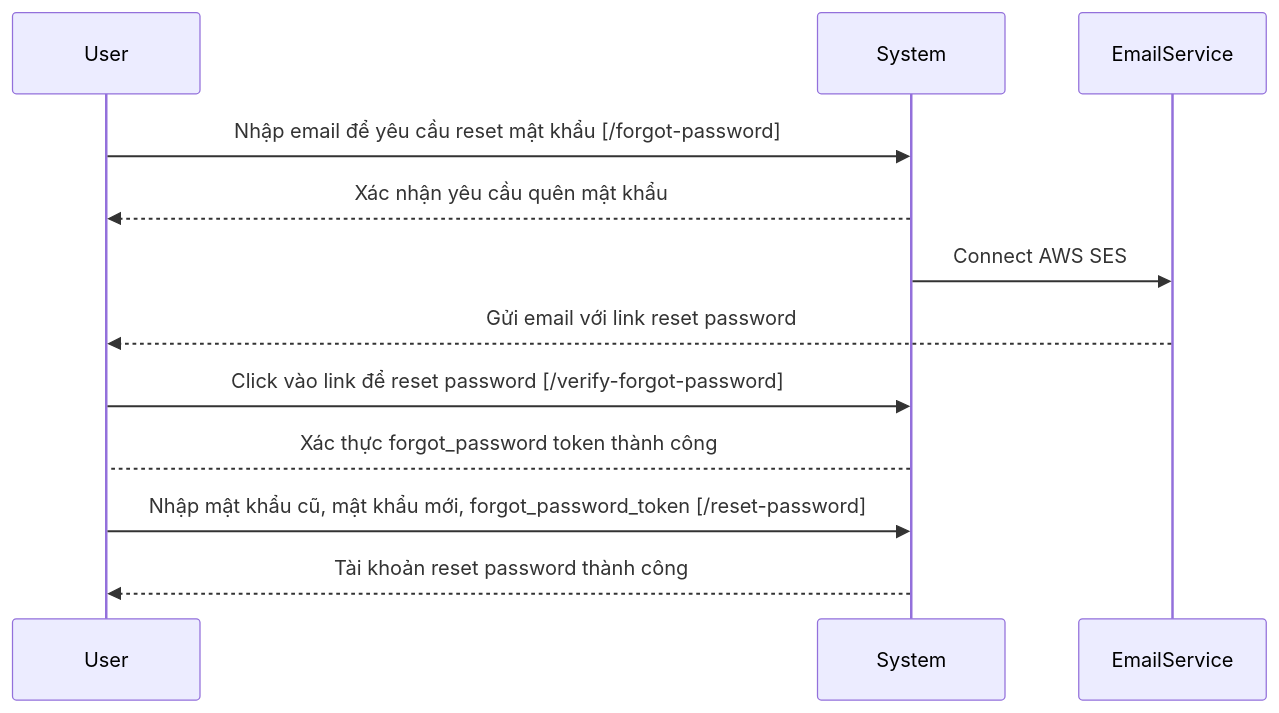
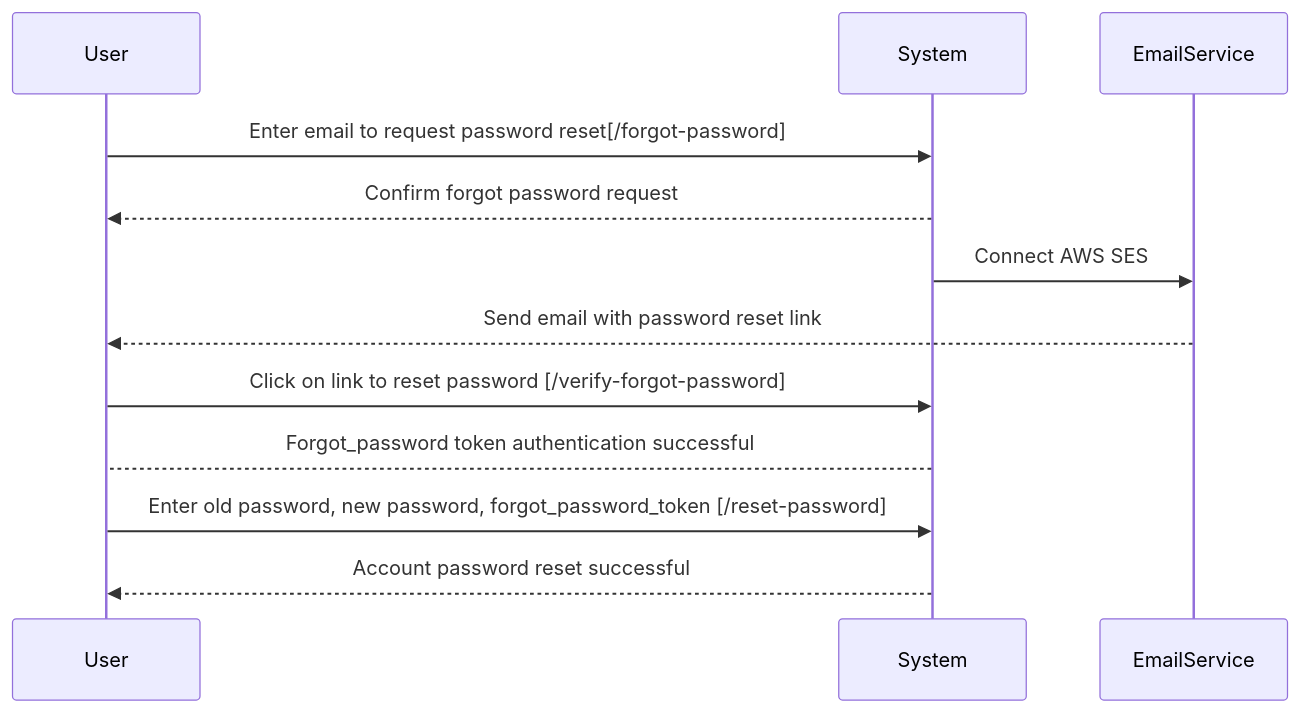
The third of 3 diagrams in document/user-authentication.md (hanguyentieuyen/threads-replica), drawn with Mermaid before and after one commit. The commit also changed other lines of this file and 1 other file, not shown here.

````diff
--- a/document/user-authentication.md
+++ b/document/user-authentication.md
@@ -36,15 +36,15 @@
 ```mermaid
 sequenceDiagram
     participant User
     participant System
     participant EmailService
 
-    User->>System: Nhập email để yêu cầu reset mật khẩu [/forgot-password]
-    System-->>User: Xác nhận yêu cầu quên mật khẩu
+    User->>System: Enter email to request password reset[/forgot-password]
+    System-->>User: Confirm forgot password request
     System->>EmailService: Connect AWS SES
-    EmailService-->>User: Gửi email với link reset password
-    User->>System: Click vào link để reset password [/verify-forgot-password]
-    System-->User: Xác thực forgot_password token thành công
-    User->>System: Nhập mật khẩu cũ, mật khẩu mới, forgot_password_token [/reset-password]
-    System-->>User: Tài khoản reset password thành công
+    EmailService-->>User: Send email with password reset link
+    User->>System: Click on link to reset password [/verify-forgot-password]
+    System-->User: Forgot_password token authentication successful
+    User->>System: Enter old password, new password, forgot_password_token [/reset-password]
+    System-->>User: Account password reset successful
 ```
````
